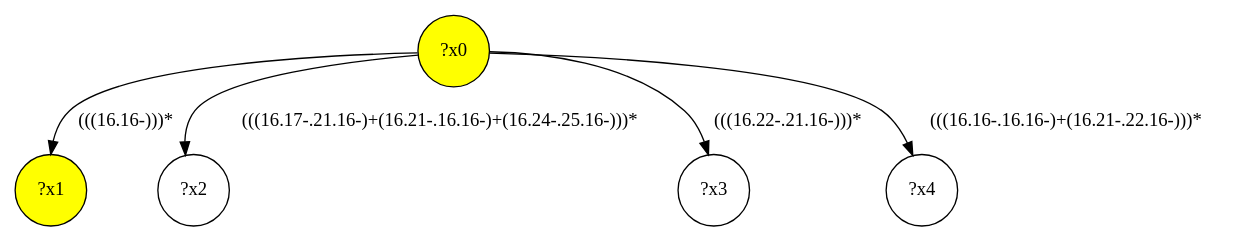
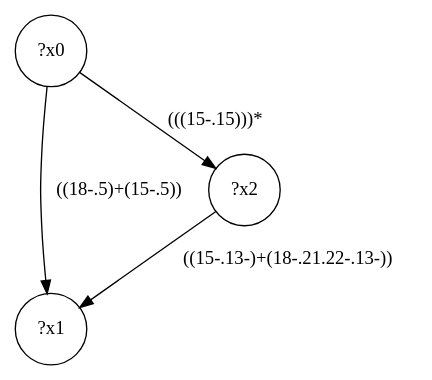
One commit to gbagan/gmark changed the diagram in demo/social/social-interface/query-14.dot. Above: the diagram before and after it, drawn with Graphviz. The commit also changed 2835 other files, not shown here.

```diff
--- a/demo/social/social-interface/query-14.dot
+++ b/demo/social/social-interface/query-14.dot
@@ -1,11 +1,8 @@
 digraph g {
-	x0 [fillcolor="yellow", style="filled," shape=circle, label="?x0"];
-	x1 [fillcolor="yellow", style="filled," shape=circle, label="?x1"];
-	x0 -> x1 [label="(((16.16-)))*"];
+	x0 [shape=circle, label="?x0"];
+	x1 [shape=circle, label="?x1"];
+	x0 -> x1 [label="((18-.5)+(15-.5))"];
 	x2 [shape=circle, label="?x2"];
-	x0 -> x2 [label="(((16.17-.21.16-)+(16.21-.16.16-)+(16.24-.25.16-)))*"];
-	x3 [shape=circle, label="?x3"];
-	x0 -> x3 [label="(((16.22-.21.16-)))*"];
-	x4 [shape=circle, label="?x4"];
-	x0 -> x4 [label="(((16.16-.16.16-)+(16.21-.22.16-)))*"];
+	x0 -> x2 [label="(((15-.15)))*"];
+	x2 -> x1 [label="((15-.13-)+(18-.21.22-.13-))"];
 }
```
